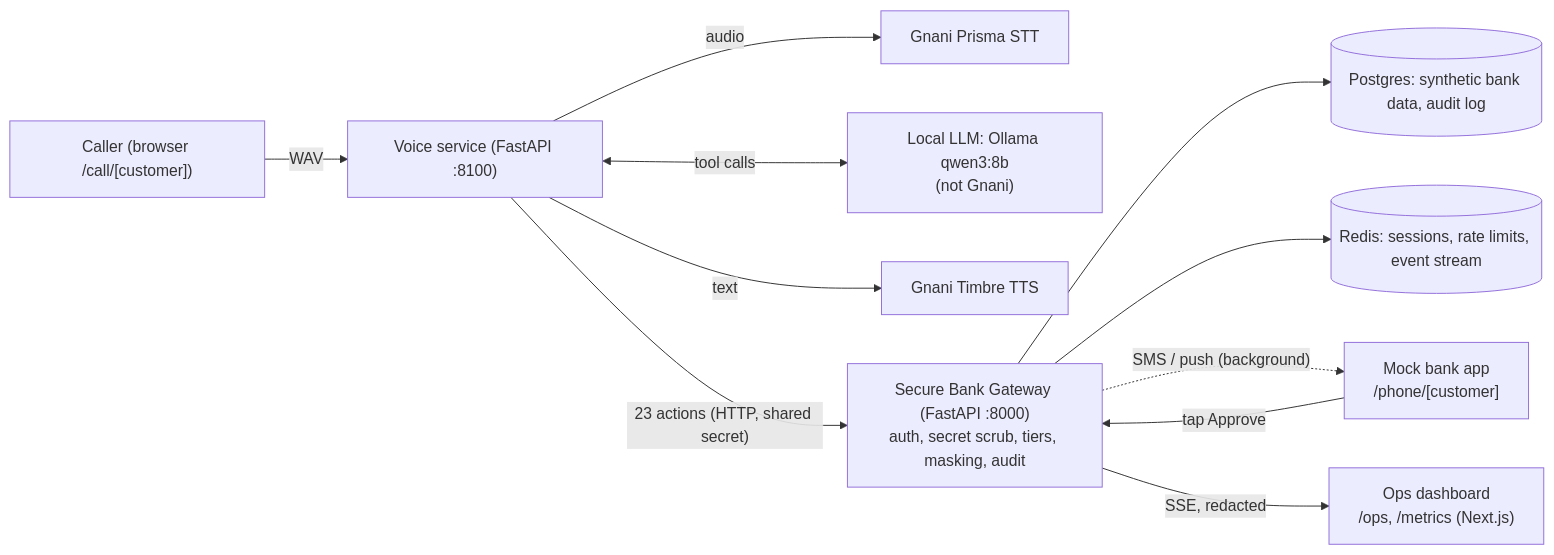
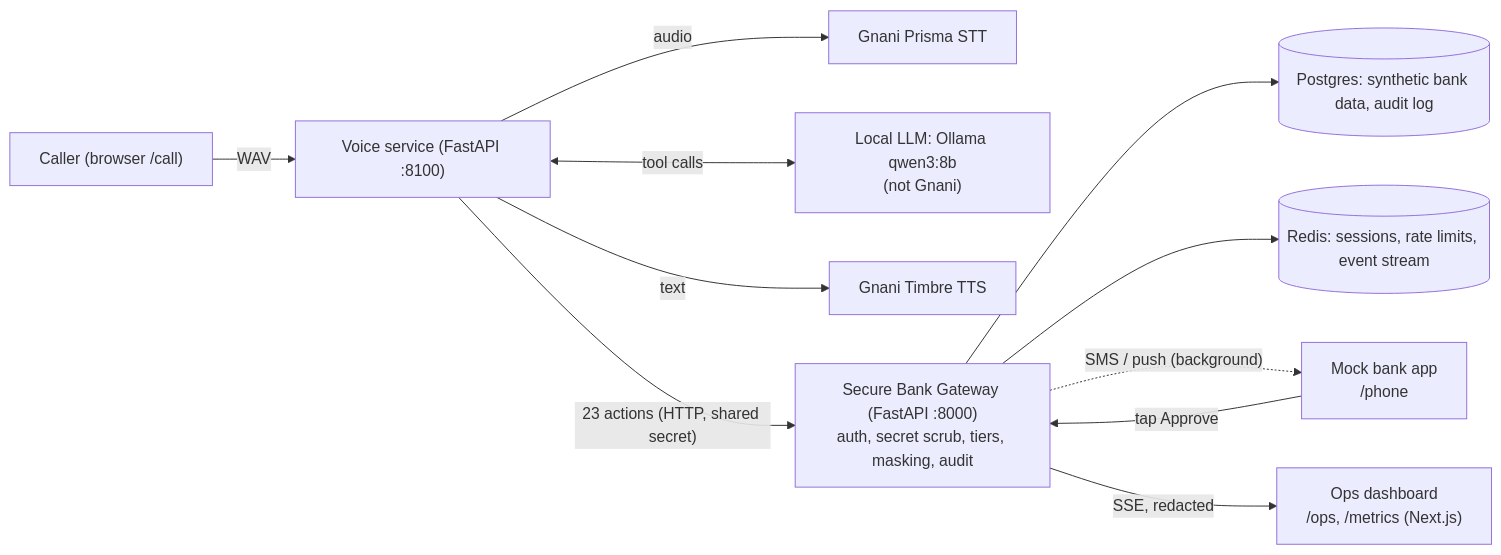
The diagram in README.md (VeerbhadraMahant/loanloop), drawn with Mermaid before and after one commit. The commit also changed other lines of this file and 63 other files, not shown here.

First line of the commit message:
Per-user sign-in: staff portal and customer app with role-based access

````diff
--- a/README.md
+++ b/README.md
@@ -28,13 +28,13 @@
 ```mermaid
 flowchart LR
-  C["Caller (browser /call/[customer])"] -->|"WAV"| VS["Voice service (FastAPI :8100)"]
+  C["Caller (browser /call)"] -->|"WAV"| VS["Voice service (FastAPI :8100)"]
   VS -->|audio| STT["Gnani Prisma STT"]
   VS <-->|"tool calls"| LLM["Local LLM: Ollama qwen3:8b<br/>(not Gnani)"]
   VS -->|text| TTS["Gnani Timbre TTS"]
   VS -->|"23 actions (HTTP, shared secret)"| GW["Secure Bank Gateway (FastAPI :8000)<br/>auth, secret scrub, tiers, masking, audit"]
   GW --> PG[(Postgres: synthetic bank data, audit log)]
   GW --> RD[(Redis: sessions, rate limits, event stream)]
-  GW -.->|"SMS / push (background)"| PH["Mock bank app<br/>/phone/[customer]"]
+  GW -.->|"SMS / push (background)"| PH["Mock bank app<br/>/phone"]
   GW -->|SSE, redacted| OPS["Ops dashboard<br/>/ops, /metrics (Next.js)"]
   PH -->|"tap Approve"| GW
 ```
````
